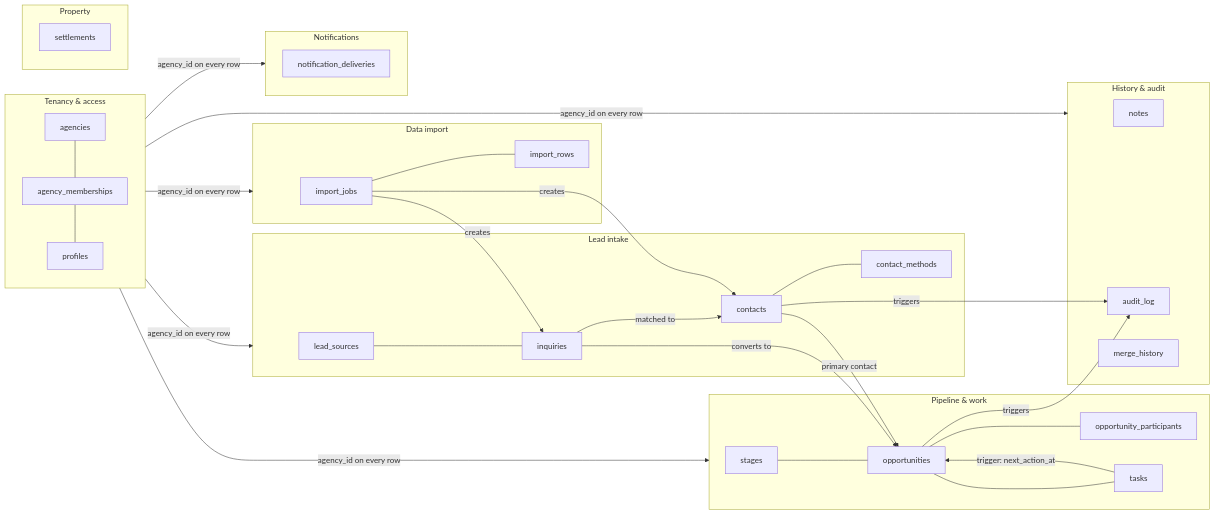
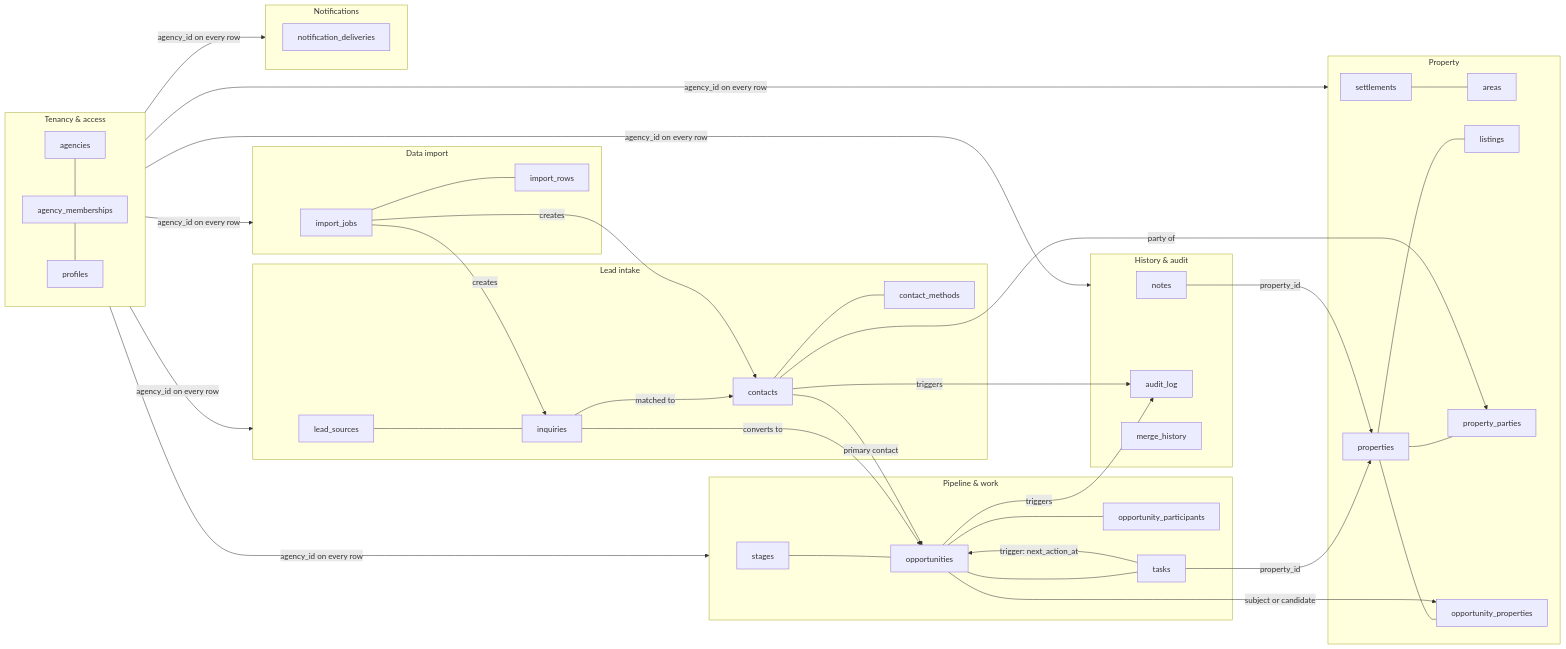
One commit to dreaminglory/retail_broker_CRM changed the first of 13 diagrams in docs/domain-model.md. Above: the diagram before and after it, drawn with Mermaid. The commit also changed other lines of this file and 6 other files, not shown here.

First line of the commit message:
feat(properties): property tables, RLS and constraints

````diff
--- a/docs/domain-model.md
+++ b/docs/domain-model.md
@@ -30,36 +30,42 @@
 ```mermaid
 flowchart LR
   subgraph T[Tenancy & access]
     agencies --- agency_memberships --- profiles
   end
   subgraph I[Lead intake]
     lead_sources --- inquiries
     contacts --- contact_methods
   end
   subgraph P[Pipeline & work]
     stages --- opportunities --- opportunity_participants
     opportunities --- tasks
   end
   subgraph H[History & audit]
     notes
     audit_log
     merge_history
   end
   subgraph M[Data import]
     import_jobs --- import_rows
   end
   subgraph R[Property]
-    settlements
+    settlements --- areas
+    properties --- listings
+    properties --- property_parties
+    properties --- opportunity_properties
   end
   subgraph N[Notifications]
     notification_deliveries
   end
 
-  T -->|agency_id on every row| I & P & H & M & N
+  T -->|agency_id on every row| I & P & H & M & N & R
+  contacts -->|party of| property_parties
+  opportunities -->|subject or candidate| opportunity_properties
+  tasks & notes -->|property_id| properties
   inquiries -->|converts to| opportunities
   inquiries -->|matched to| contacts
   contacts -->|primary contact| opportunities
   import_jobs -->|creates| contacts & inquiries
   tasks -->|trigger: next_action_at| opportunities
   opportunities & contacts -->|triggers| audit_log
 ```
````
